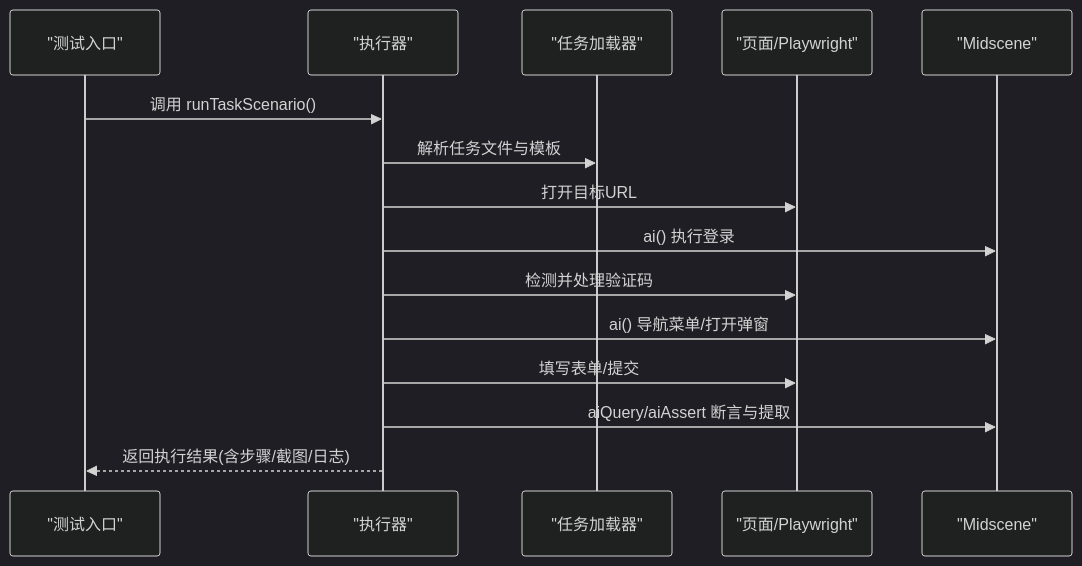
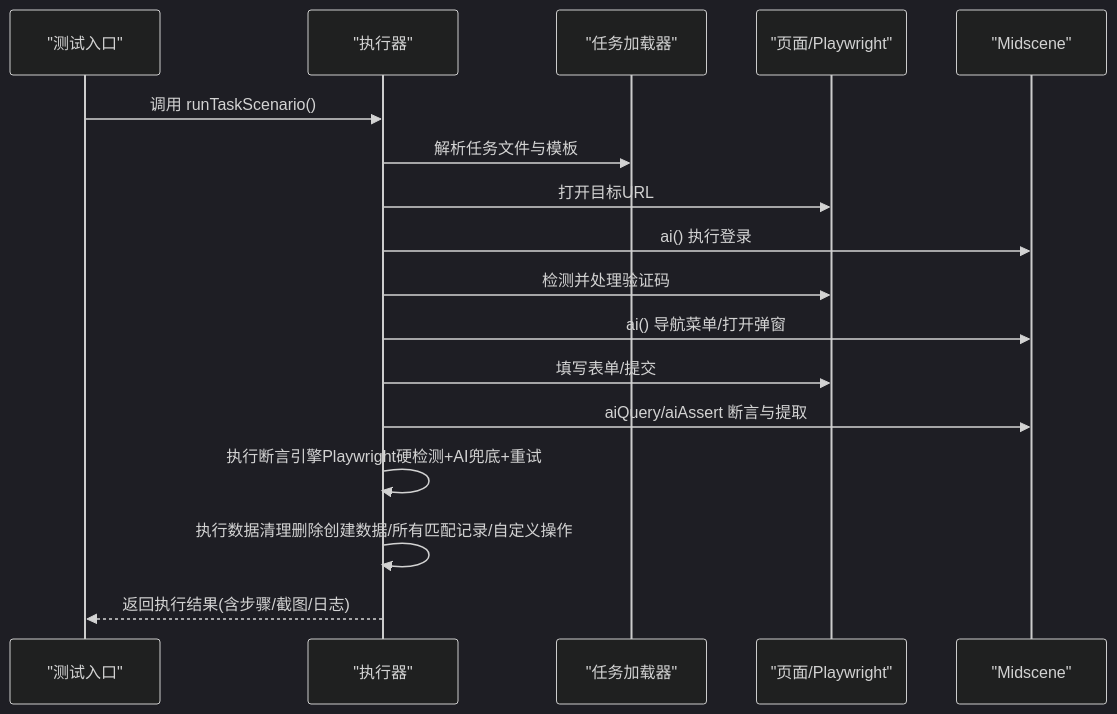
Before and after one commit to Jiane-EJ/playwright-mind: the second of 12 diagrams in .qoder/repowiki/zh/content/执行器系统/任务执行器.md, drawn with Mermaid (dark theme). The commit also changed other lines of this file and 5 other files, not shown here.

````diff
--- a/.qoder/repowiki/zh/content/执行器系统/任务执行器.md
+++ b/.qoder/repowiki/zh/content/执行器系统/任务执行器.md
@@ -87,17 +97,19 @@
 ```mermaid
 sequenceDiagram
 participant T as "测试入口"
 participant R as "执行器"
 participant L as "任务加载器"
 participant P as "页面/Playwright"
 participant M as "Midscene"
 T->>R : 调用 runTaskScenario()
 R->>L : 解析任务文件与模板
 R->>P : 打开目标URL
 R->>M : ai() 执行登录
 R->>P : 检测并处理验证码
 R->>M : ai() 导航菜单/打开弹窗
 R->>P : 填写表单/提交
 R->>M : aiQuery/aiAssert 断言与提取
+R->>R : 执行断言引擎Playwright硬检测+AI兜底+重试
+R->>R : 执行数据清理删除创建数据/所有匹配记录/自定义操作
 R-->>T : 返回执行结果(含步骤/截图/日志)
 ```
````
